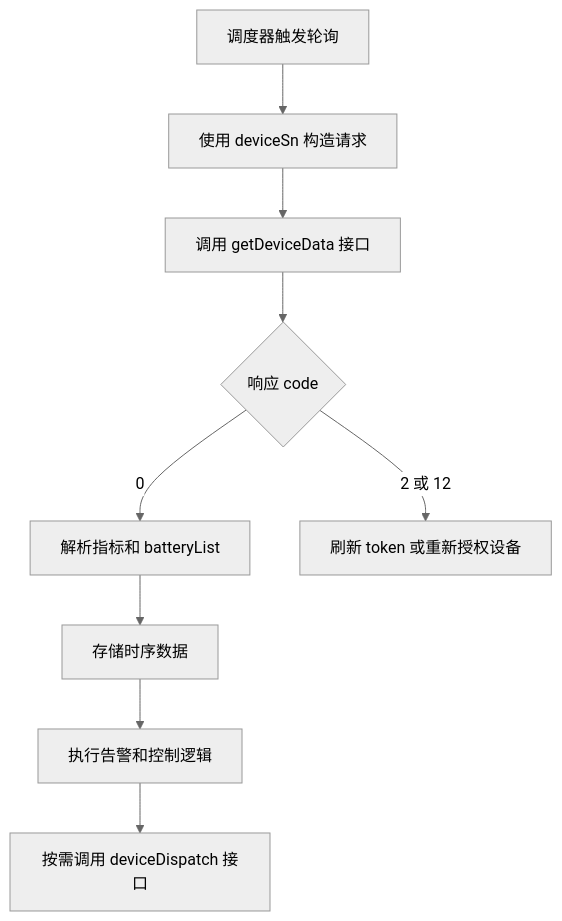
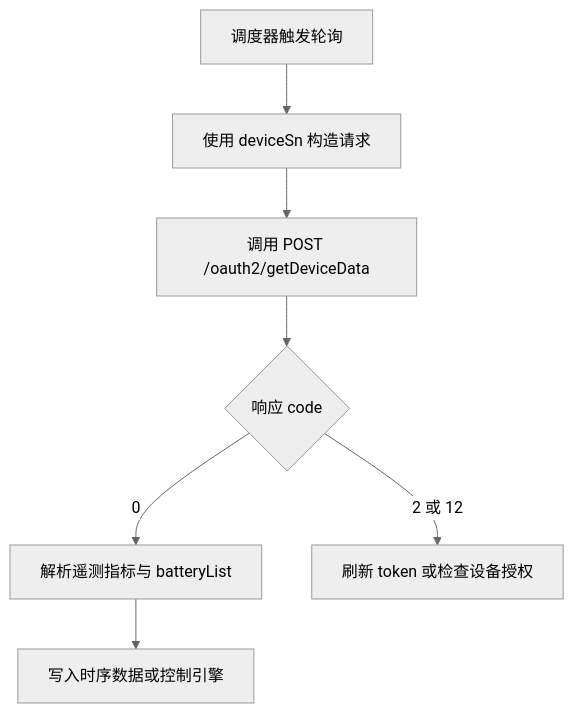
One commit to EugeneJian/growatt-unified-api changed the diagram in Growatt API/OPENAPI.zh-CN/08_api_device_data.md. Above: the diagram before and after it, drawn with Mermaid (neutral theme). The commit also changed other lines of this file and 26 other files, not shown here.

````diff
--- a/Growatt API/OPENAPI.zh-CN/08_api_device_data.md
+++ b/Growatt API/OPENAPI.zh-CN/08_api_device_data.md
@@ -27,12 +21,10 @@
 ```mermaid
 %% 本代码严格遵循AI生成Mermaid代码的终极准则v4.1（Mermaid终极大师）
 flowchart TD
     A["调度器触发轮询"] --> B["使用 deviceSn 构造请求"]
-    B --> C["调用 getDeviceData 接口"]
+    B --> C["调用 POST /oauth2/getDeviceData"]
     C --> D{"响应 code"}
-    D -->|"0"| E["解析指标和 batteryList"]
-    D -->|"2 或 12"| F["刷新 token 或重新授权设备"]
-    E --> G["存储时序数据"]
-    G --> H["执行告警和控制逻辑"]
-    H --> I["按需调用 deviceDispatch 接口"]
+    D -->|"0"| E["解析遥测指标与 batteryList"]
+    D -->|"2 或 12"| F["刷新 token 或检查设备授权"]
+    E --> G["写入时序数据或控制引擎"]
 ```
````
